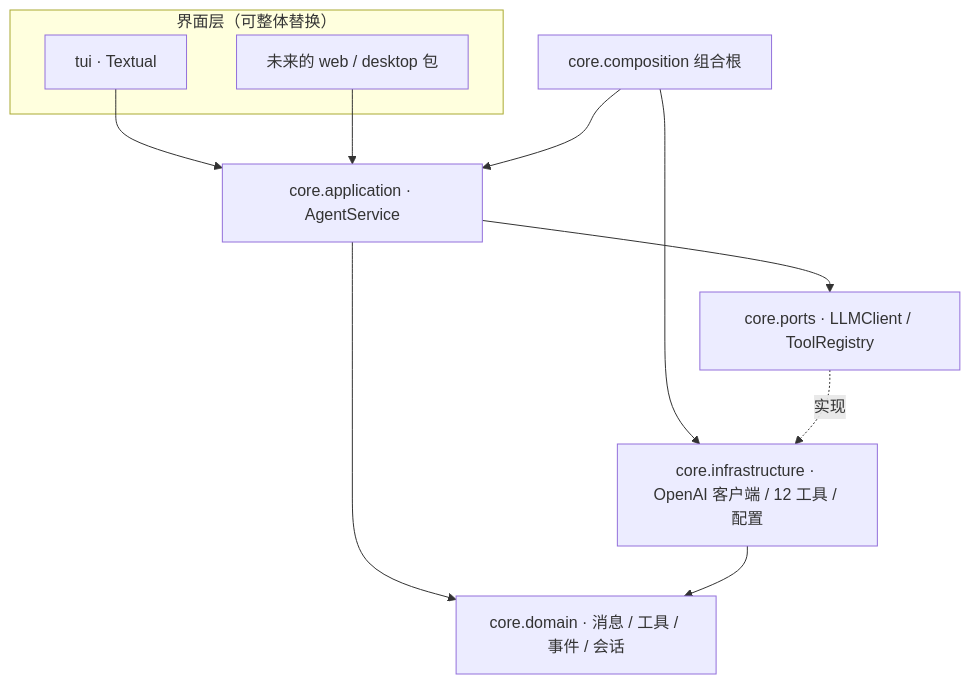
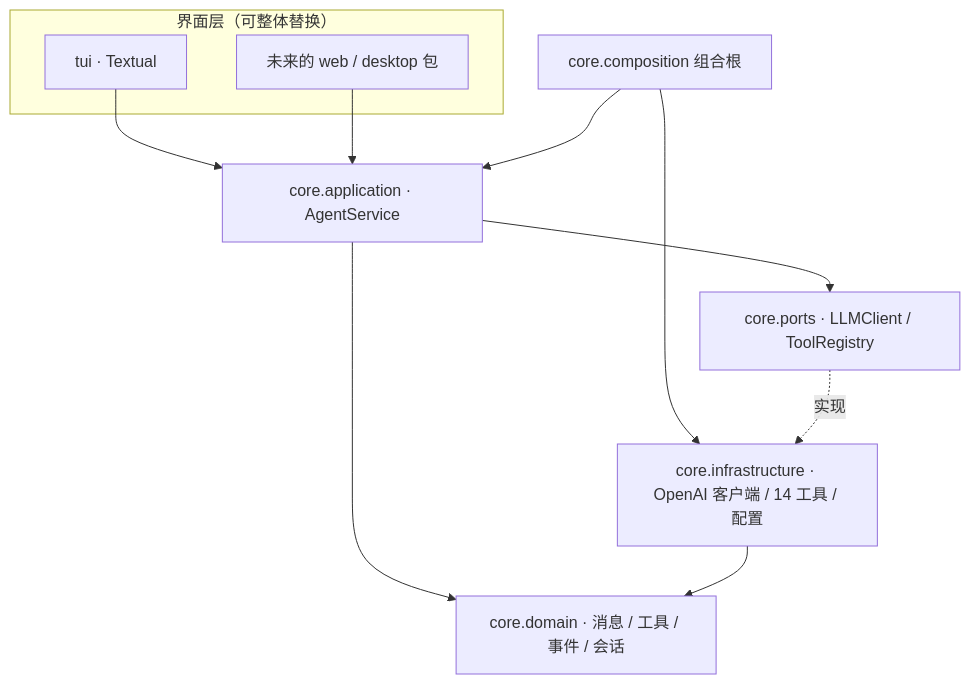
One commit to atfa/LLM-Homework changed the diagram in Agent/xAgent/README.md. Above: the diagram before and after it, drawn with Mermaid. The commit also changed other lines of this file and 9 other files, not shown here.

````diff
--- a/Agent/xAgent/README.md
+++ b/Agent/xAgent/README.md
@@ -144,21 +146,21 @@
 ```mermaid
 flowchart TB
     subgraph ui["界面层（可整体替换）"]
         TUI["tui · Textual"]
         FUTURE["未来的 web / desktop 包"]
     end
     COMP["core.composition 组合根"]
     APP["core.application · AgentService"]
     PORTS["core.ports · LLMClient / ToolRegistry"]
     DOM["core.domain · 消息 / 工具 / 事件 / 会话"]
-    INFRA["core.infrastructure · OpenAI 客户端 / 12 工具 / 配置"]
+    INFRA["core.infrastructure · OpenAI 客户端 / 14 工具 / 配置"]
 
     TUI --> APP
     FUTURE --> APP
     COMP --> APP
     COMP --> INFRA
     APP --> PORTS
     PORTS -. "实现" .-> INFRA
     APP --> DOM
     INFRA --> DOM
 ```
````
